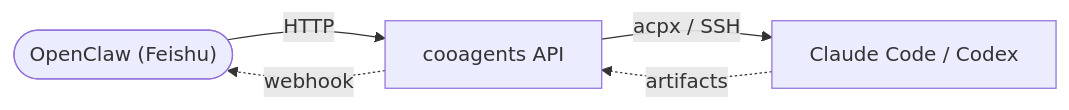
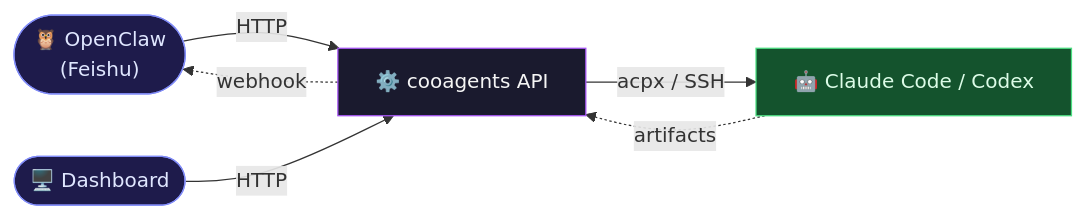
One commit to vaxtomis/cooagents changed the first of 4 diagrams in README.md. Above: the diagram before and after it, drawn with Mermaid. The commit also changed other lines of this file, not shown here.

First line of the commit message:
docs: update README for upload-requirement, dashboard, and artifact features

````diff
--- a/README.md
+++ b/README.md
@@ -5,7 +5,12 @@
 ```mermaid
 flowchart LR
-    OC(["OpenClaw (Feishu)"]) -->|HTTP| API["cooagents API"]
-    API -->|"acpx / SSH"| Agent["Claude Code / Codex"]
+    OC(["🦉 OpenClaw<br/>(Feishu)"]):::client -->|HTTP| API["⚙️ cooagents API"]:::core
+    DASH(["🖥️ Dashboard"]):::client -->|HTTP| API
+    API -->|"acpx / SSH"| Agent["🤖 Claude Code / Codex"]:::agent
     Agent -.->|artifacts| API
     API -.->|webhook| OC
+
+    classDef client fill:#1e1b4b,stroke:#818cf8,color:#e0e7ff
+    classDef core fill:#1a1a2e,stroke:#a855f7,color:#f5f5f5
+    classDef agent fill:#14532d,stroke:#4ade80,color:#dcfce7
 ```
````
